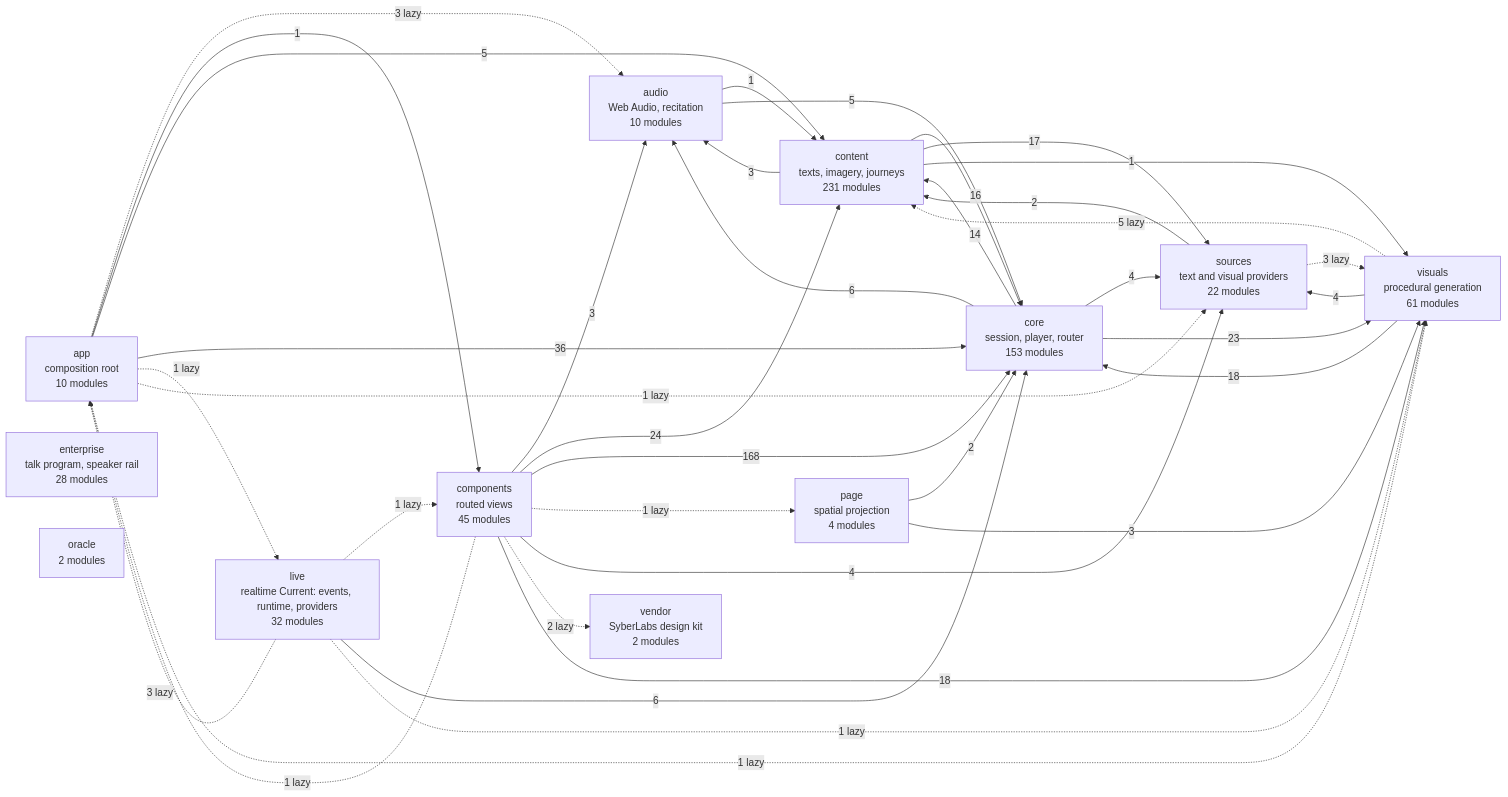
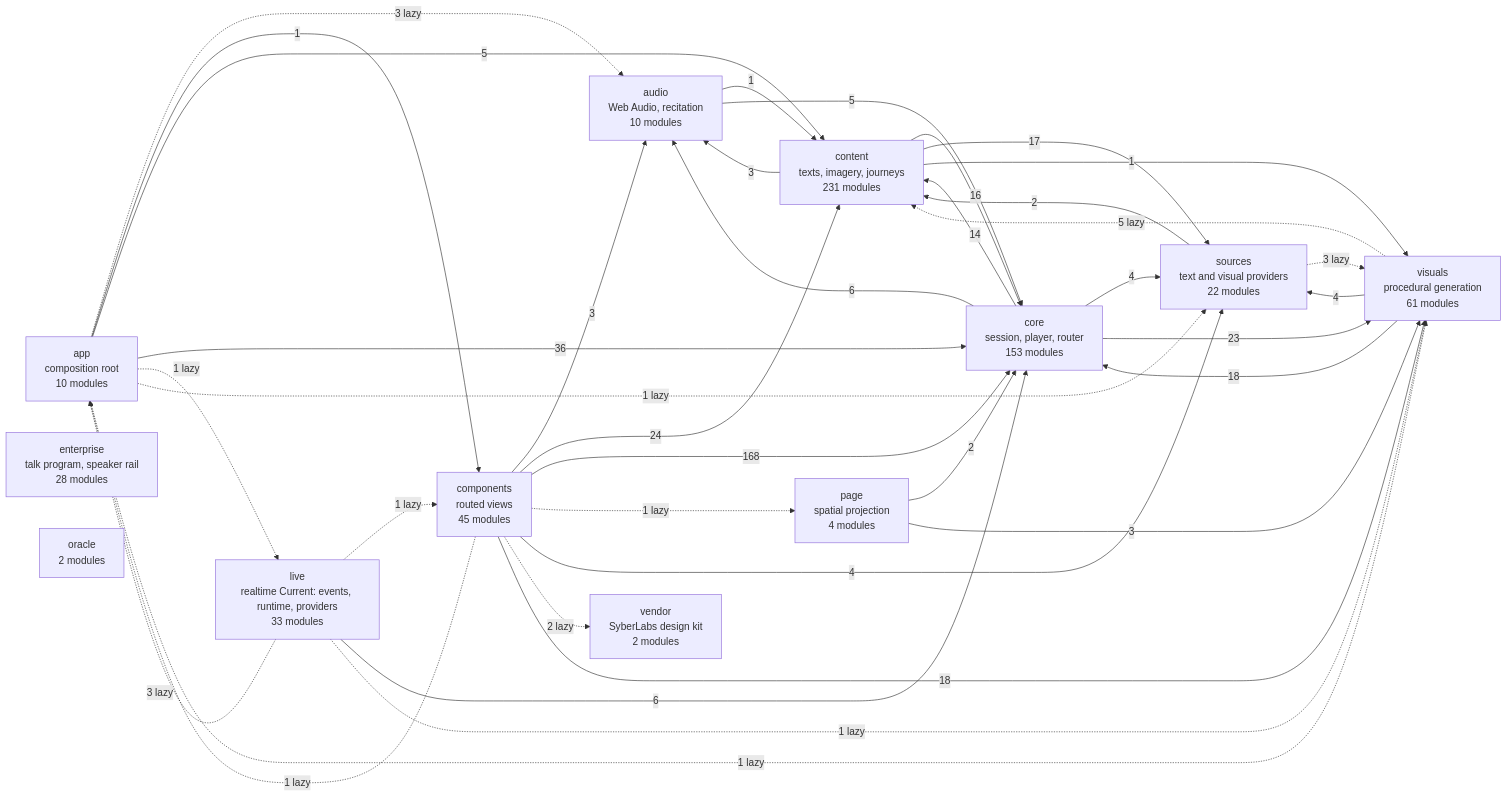
The diagram in docs/specs/ARCHITECTURE.md (SyberLabs/RISE), drawn with Mermaid before and after one commit. The commit also changed 11 other files, not shown here.

Commit message:
fix-live-current-invariants

````diff
--- a/docs/specs/ARCHITECTURE.md
+++ b/docs/specs/ARCHITECTURE.md
@@ -160,52 +160,52 @@
 ```mermaid
 flowchart LR
     app["app<br/>composition root<br/>10 modules"]
     audio["audio<br/>Web Audio, recitation<br/>10 modules"]
     components["components<br/>routed views<br/>45 modules"]
     content["content<br/>texts, imagery, journeys<br/>231 modules"]
     core["core<br/>session, player, router<br/>153 modules"]
     enterprise["enterprise<br/>talk program, speaker rail<br/>28 modules"]
-    live["live<br/>realtime Current: events, runtime, providers<br/>32 modules"]
+    live["live<br/>realtime Current: events, runtime, providers<br/>33 modules"]
     oracle["oracle<br/>2 modules"]
     page["page<br/>spatial projection<br/>4 modules"]
     sources["sources<br/>text and visual providers<br/>22 modules"]
     vendor["vendor<br/>SyberLabs design kit<br/>2 modules"]
     visuals["visuals<br/>procedural generation<br/>61 modules"]
 
     app -.-> |3 lazy| audio
     app --> |1| components
     app --> |5| content
     app --> |36| core
     app -.-> |1 lazy| live
     app -.-> |1 lazy| sources
     app -.-> |1 lazy| visuals
     audio --> |1| content
     audio --> |5| core
     components -.-> |1 lazy| app
     components --> |3| audio
     components --> |24| content
     components --> |168| core
     components -.-> |1 lazy| page
     components --> |4| sources
     components -.-> |2 lazy| vendor
     components --> |18| visuals
     content --> |3| audio
     content --> |16| core
     content --> |17| sources
     content --> |1| visuals
     core --> |6| audio
     core --> |14| content
     core --> |4| sources
     core --> |23| visuals
     live -.-> |3 lazy| app
     live -.-> |1 lazy| components
     live --> |6| core
     live -.-> |1 lazy| visuals
     page --> |2| core
     page --> |3| visuals
     sources --> |2| content
     sources -.-> |3 lazy| visuals
     visuals -.-> |5 lazy| content
     visuals --> |18| core
     visuals --> |4| sources
 ```
````
